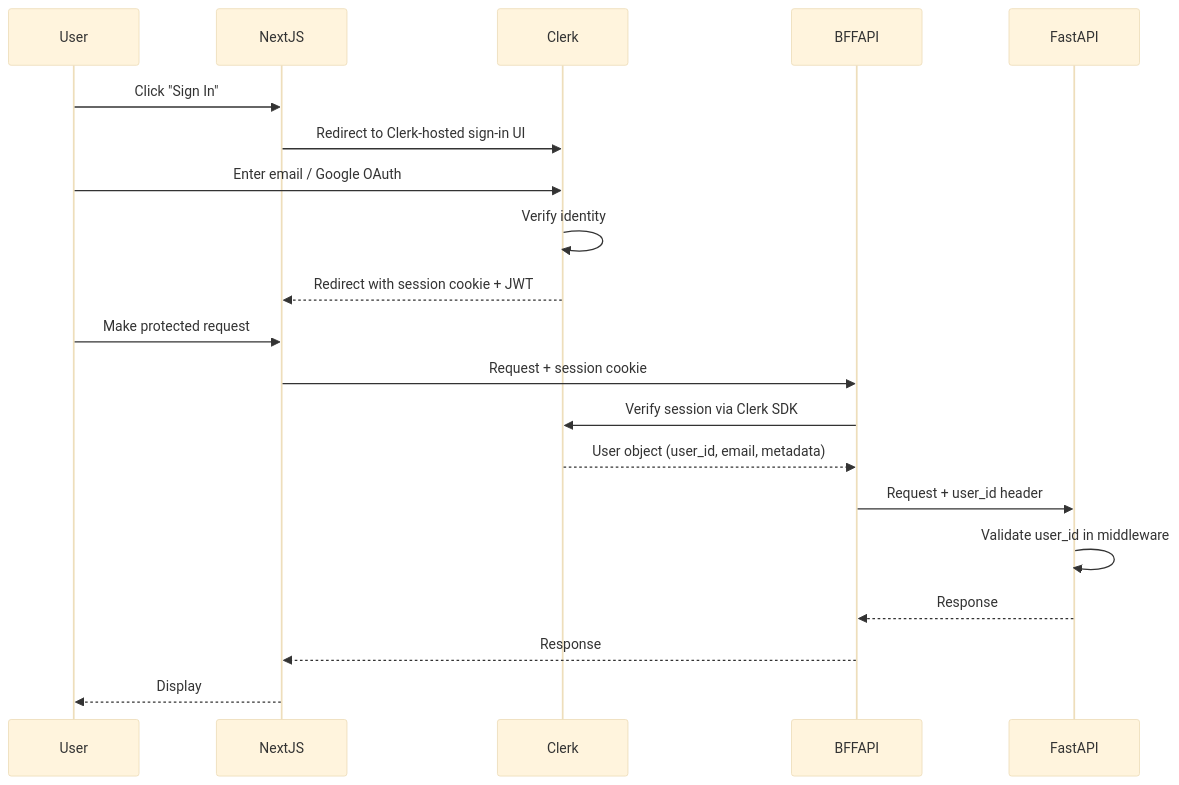
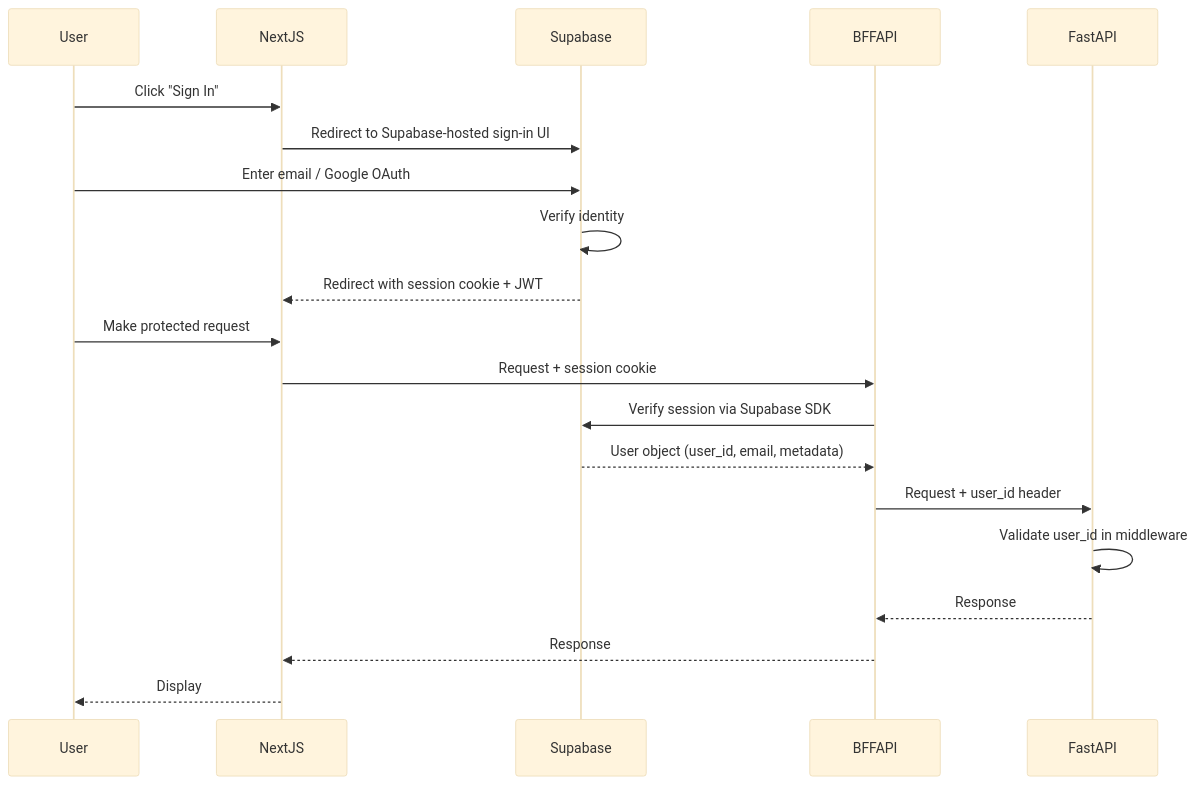
One commit to ayushrai1235/TravelMate changed the third of 3 diagrams in docs/04-architecture/Architecture.md. Above: the diagram before and after it, drawn with Mermaid (base theme). The commit also changed other lines of this file and 77 other files, not shown here.

Commit message:
feat: initialize core backend architecture and documentation for TravelMate API service

````diff
--- a/docs/04-architecture/Architecture.md
+++ b/docs/04-architecture/Architecture.md
@@ -257,24 +257,24 @@
 ```mermaid
 sequenceDiagram
     participant User
     participant NextJS
-    participant Clerk
+    participant Supabase
     participant BFFAPI
     participant FastAPI
 
     User->>NextJS: Click "Sign In"
-    NextJS->>Clerk: Redirect to Clerk-hosted sign-in UI
-    User->>Clerk: Enter email / Google OAuth
-    Clerk->>Clerk: Verify identity
-    Clerk-->>NextJS: Redirect with session cookie + JWT
+    NextJS->>Supabase: Redirect to Supabase-hosted sign-in UI
+    User->>Supabase: Enter email / Google OAuth
+    Supabase->>Supabase: Verify identity
+    Supabase-->>NextJS: Redirect with session cookie + JWT
     
     User->>NextJS: Make protected request
     NextJS->>BFFAPI: Request + session cookie
-    BFFAPI->>Clerk: Verify session via Clerk SDK
-    Clerk-->>BFFAPI: User object (user_id, email, metadata)
+    BFFAPI->>Supabase: Verify session via Supabase SDK
+    Supabase-->>BFFAPI: User object (user_id, email, metadata)
     BFFAPI->>FastAPI: Request + user_id header
     FastAPI->>FastAPI: Validate user_id in middleware
     FastAPI-->>BFFAPI: Response
     BFFAPI-->>NextJS: Response
     NextJS-->>User: Display
 ```
````
